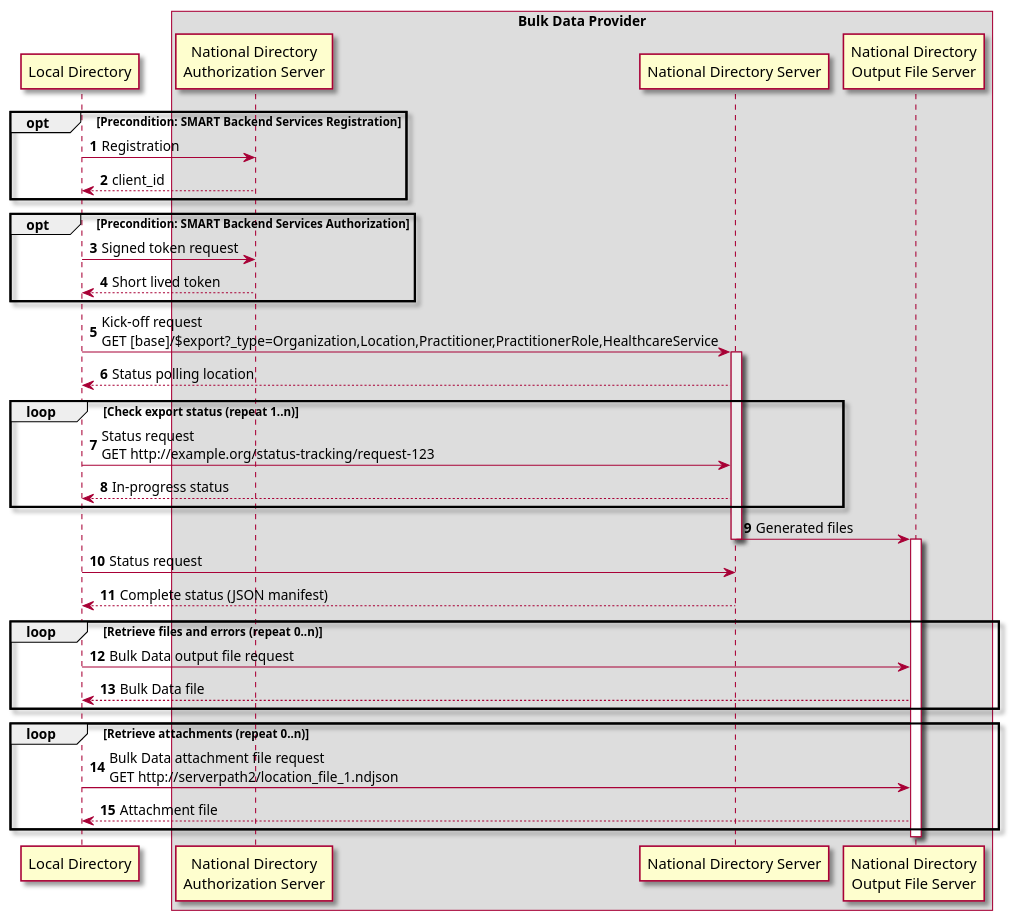
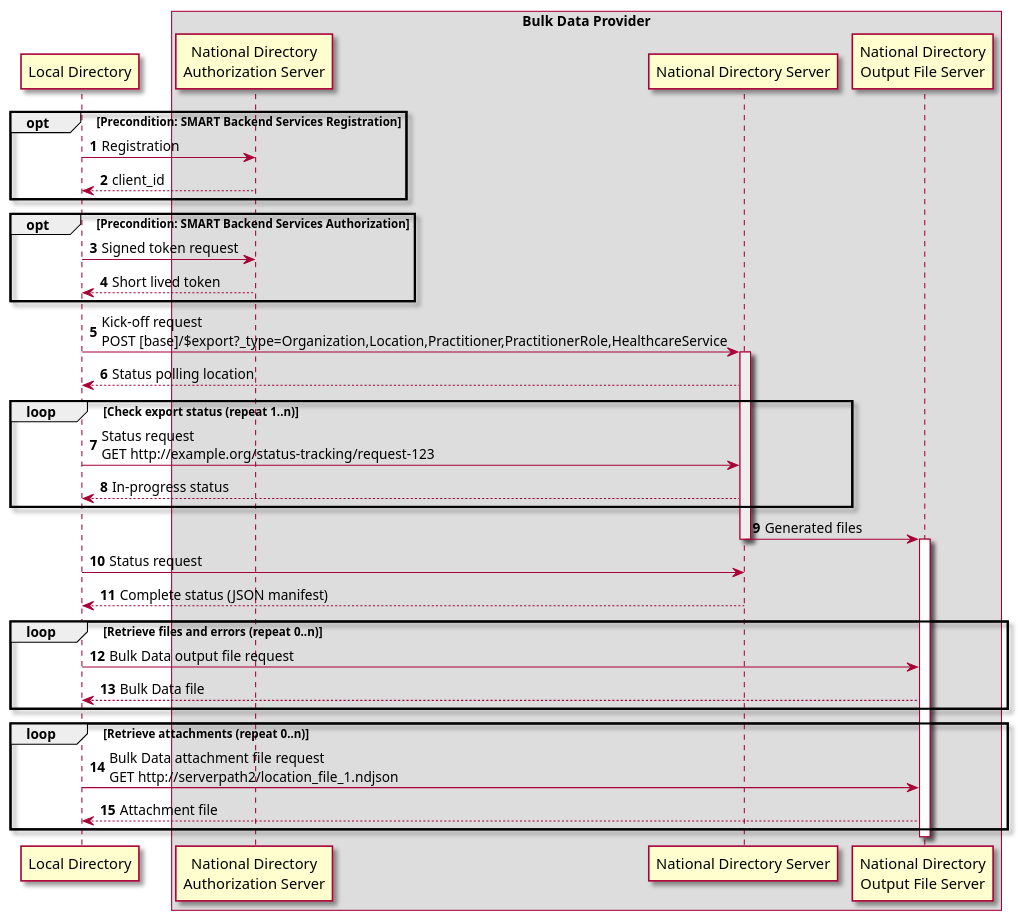
One commit to HL7/fhir-us-ndh changed the diagram in input/images-source/bulk-flow.plantuml. Above: the diagram before and after it, drawn with PlantUML. The commit also changed 3 other files, not shown here.

```diff
--- a/input/images-source/bulk-flow.plantuml
+++ b/input/images-source/bulk-flow.plantuml
@@ -1,40 +1,40 @@
 @startuml
 skin rose
 autonumber
 
 participant APP as "Local Directory"
 box Bulk Data Provider
 participant "National Directory\nAuthorization Server" as AUTH
 participant "National Directory Server" as FHIR
 participant "National Directory\nOutput File Server" as FILE
 end box
 opt  Precondition: SMART Backend Services Registration
     APP -> AUTH: Registration
    return client_id
 end
 opt  Precondition: SMART Backend Services Authorization
     APP -> AUTH: Signed token request
    return Short lived token
 end
-APP -> FHIR: Kick-off request\nGET [base]/$export?_type=Organization,Location,Practitioner,PractitionerRole,HealthcareService
+APP -> FHIR: Kick-off request\nPOST [base]/$export?_type=Organization,Location,Practitioner,PractitionerRole,HealthcareService
 activate FHIR #eee
 FHIR --> APP: Status polling location
 loop Check export status (repeat 1..n)
   APP -> FHIR: Status request\nGET http://example.org/status-tracking/request-123
   FHIR --> APP: In-progress status
 end
 FHIR -> FILE: Generated files
 deactivate FHIR
 activate FILE
 APP -> FHIR: Status request
 FHIR --> APP: Complete status (JSON manifest)
 loop Retrieve files and errors (repeat 0..n)
   APP -> FILE: Bulk Data output file request
   FILE --> APP: Bulk Data file
 end
 loop Retrieve attachments (repeat 0..n)
   APP -> FILE: Bulk Data attachment file request\nGET http://serverpath2/location_file_1.ndjson
   FILE --> APP:  Attachment file
 end
 deactivate FILE #eee
 @enduml
```
